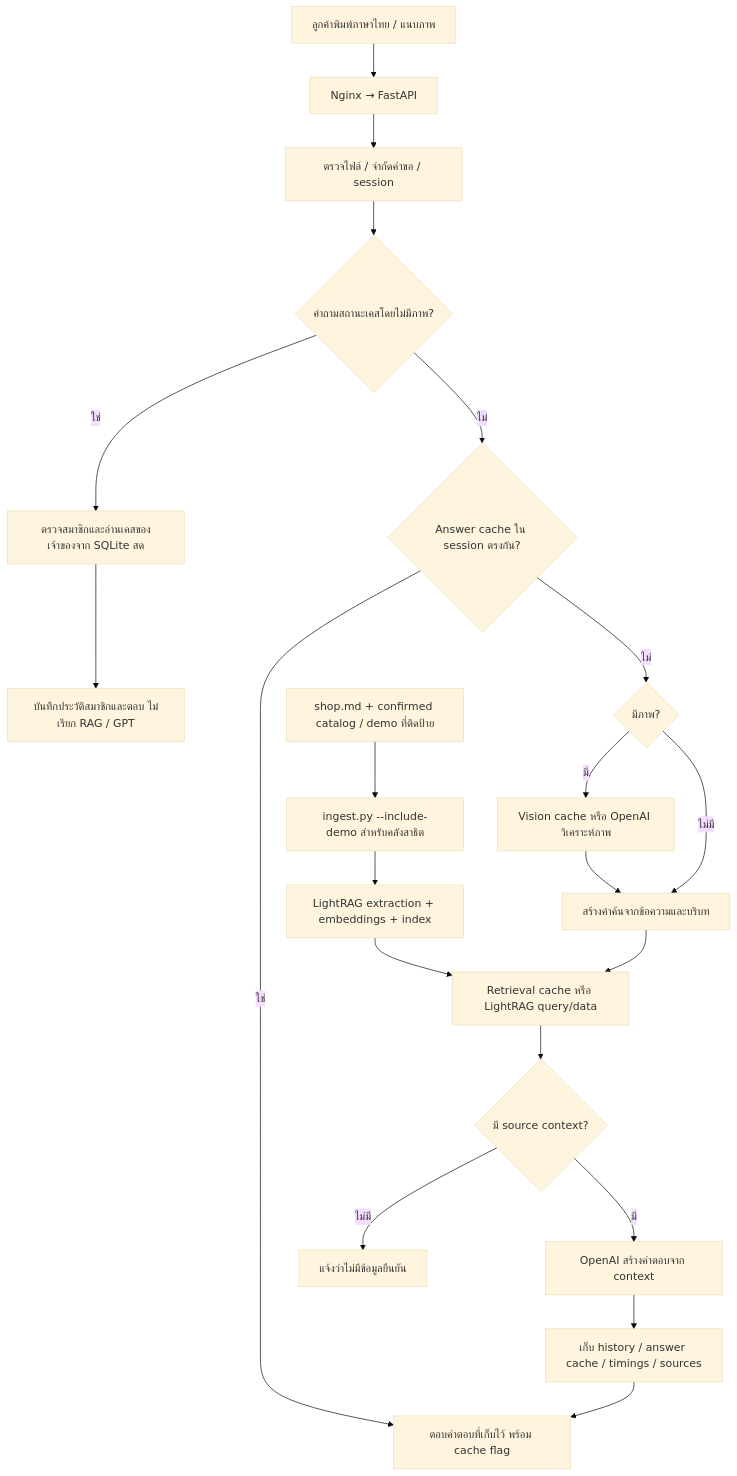
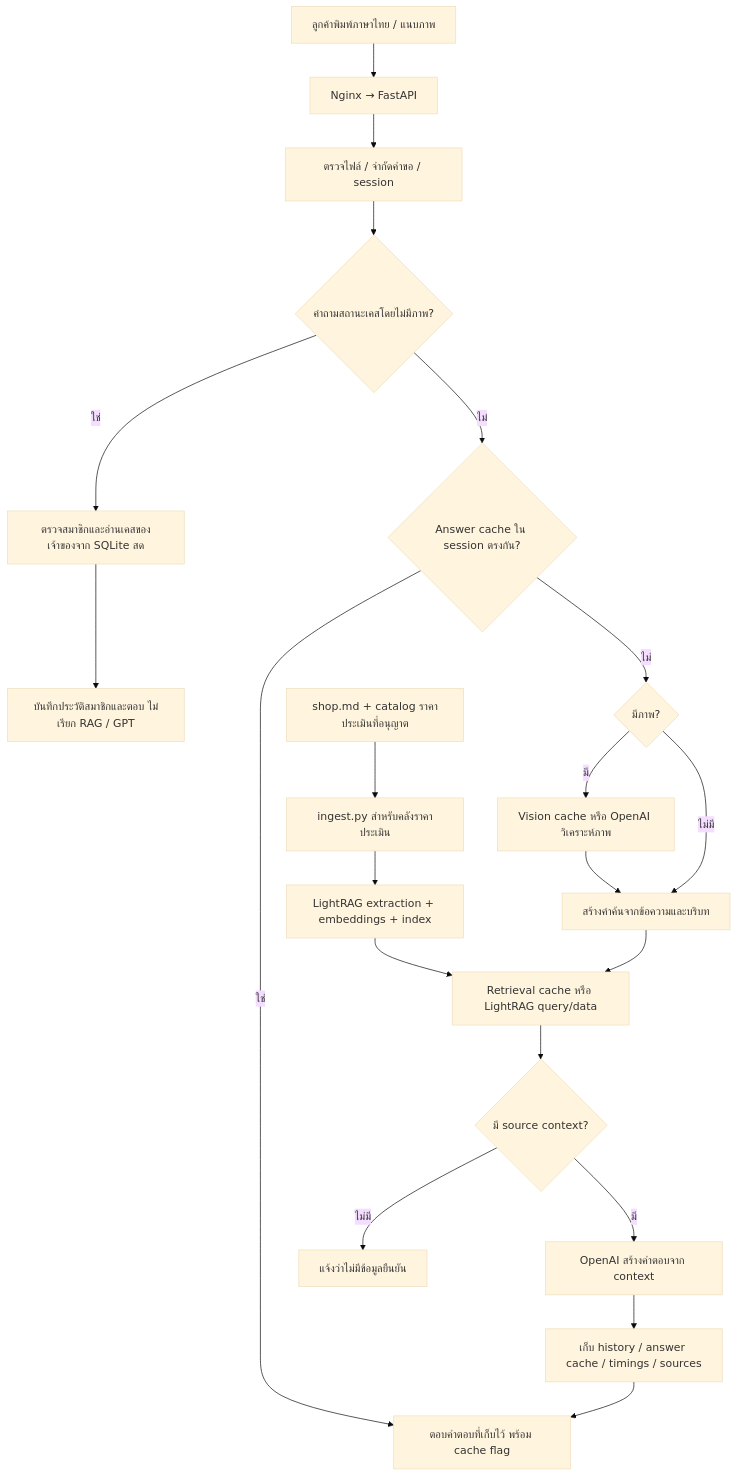
The diagram in qa/diagrams/rag-flow.md (Qwmxjk0/plimo-iphone-repair-chatbot), drawn with Mermaid (base theme) before and after one commit. The commit also changed 20 other files, not shown here.

````diff
--- a/qa/diagrams/rag-flow.md
+++ b/qa/diagrams/rag-flow.md
@@ -3,24 +3,24 @@
 ```mermaid
 flowchart TD
     A[ลูกค้าพิมพ์ภาษาไทย / แนบภาพ] --> B[Nginx → FastAPI]
     B --> C[ตรวจไฟล์ / จำกัดคำขอ / session]
     C --> X{คำถามสถานะเคสโดยไม่มีภาพ?}
     X -- ใช่ --> Y[ตรวจสมาชิกและอ่านเคสของเจ้าของจาก SQLite สด]
     Y --> W[บันทึกประวัติสมาชิกและตอบ ไม่เรียก RAG / GPT]
     X -- ไม่ --> D
     D{Answer cache ใน session ตรงกัน?}
     D -- ใช่ --> Z[ตอบคำตอบที่เก็บไว้ พร้อม cache flag]
     D -- ไม่ --> E{มีภาพ?}
     E -- มี --> F[Vision cache หรือ OpenAI วิเคราะห์ภาพ]
     E -- ไม่มี --> G[สร้างคำค้นจากข้อความและบริบท]
     F --> G
     G --> H[Retrieval cache หรือ LightRAG query/data]
     H --> I{มี source context?}
     I -- ไม่มี --> J[แจ้งว่าไม่มีข้อมูลยืนยัน]
     I -- มี --> K[OpenAI สร้างคำตอบจาก context]
     K --> L[เก็บ history / answer cache / timings / sources]
     L --> Z
-    M[shop.md + confirmed catalog / demo ที่ติดป้าย] --> N[ingest.py --include-demo สำหรับคลังสาธิต]
+    M[shop.md + catalog ราคาประเมินที่อนุญาต] --> N[ingest.py สำหรับคลังราคาประเมิน]
     N --> O[LightRAG extraction + embeddings + index]
     O --> H
 ```
````
